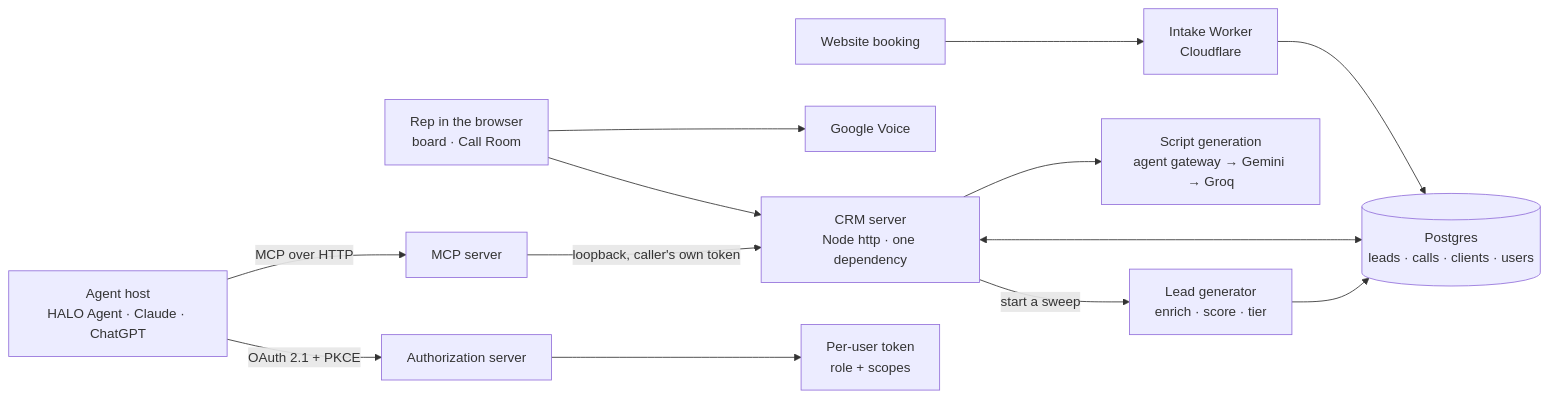
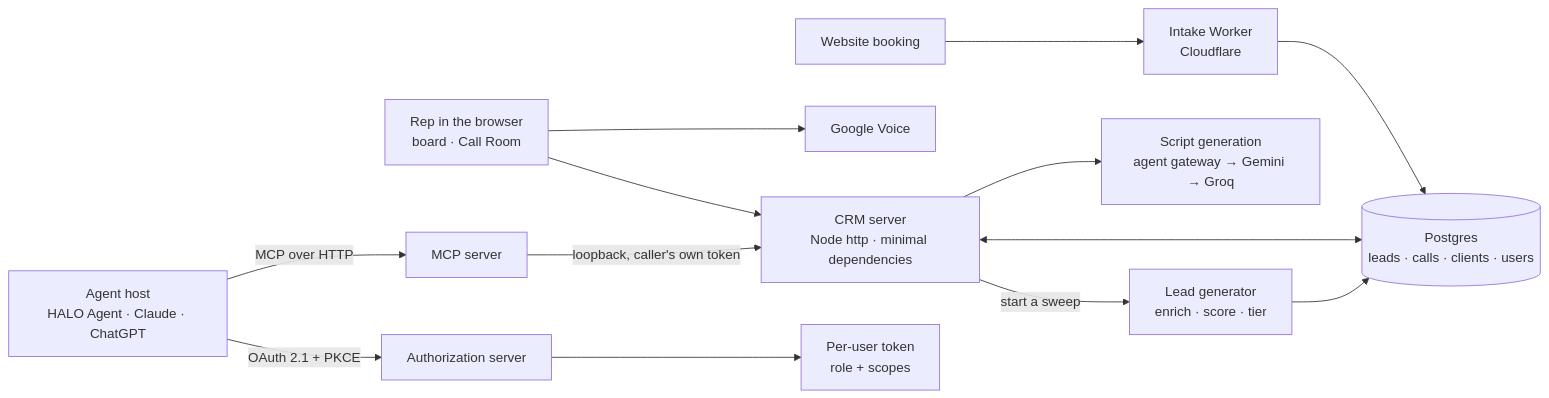
The diagram in README.md (DimeDataCloud/crm-showcase), drawn with Mermaid before and after one commit. The commit also changed other lines of this file, not shown here.

````diff
--- a/README.md
+++ b/README.md
@@ -56,15 +56,15 @@
 ```mermaid
 flowchart LR
     W[Website booking] --> I[Intake Worker<br/>Cloudflare]
     C -->|start a sweep| G[Lead generator<br/>enrich · score · tier]
     G --> DB
     I --> DB[(Postgres<br/>leads · calls · clients · users)]
-    C[CRM server<br/>Node http · one dependency] <--> DB
+    C[CRM server<br/>Node http · minimal dependencies] <--> DB
     R[Rep in the browser<br/>board · Call Room] --> C
     R --> V[Google Voice]
     C --> S[Script generation<br/>agent gateway → Gemini → Groq]
     A[Agent host<br/>HALO Agent · Claude · ChatGPT] -->|OAuth 2.1 + PKCE| O[Authorization server]
     O --> T[Per-user token<br/>role + scopes]
     A -->|MCP over HTTP| M[MCP server]
     M -->|loopback, caller's own token| C
 ```
````
